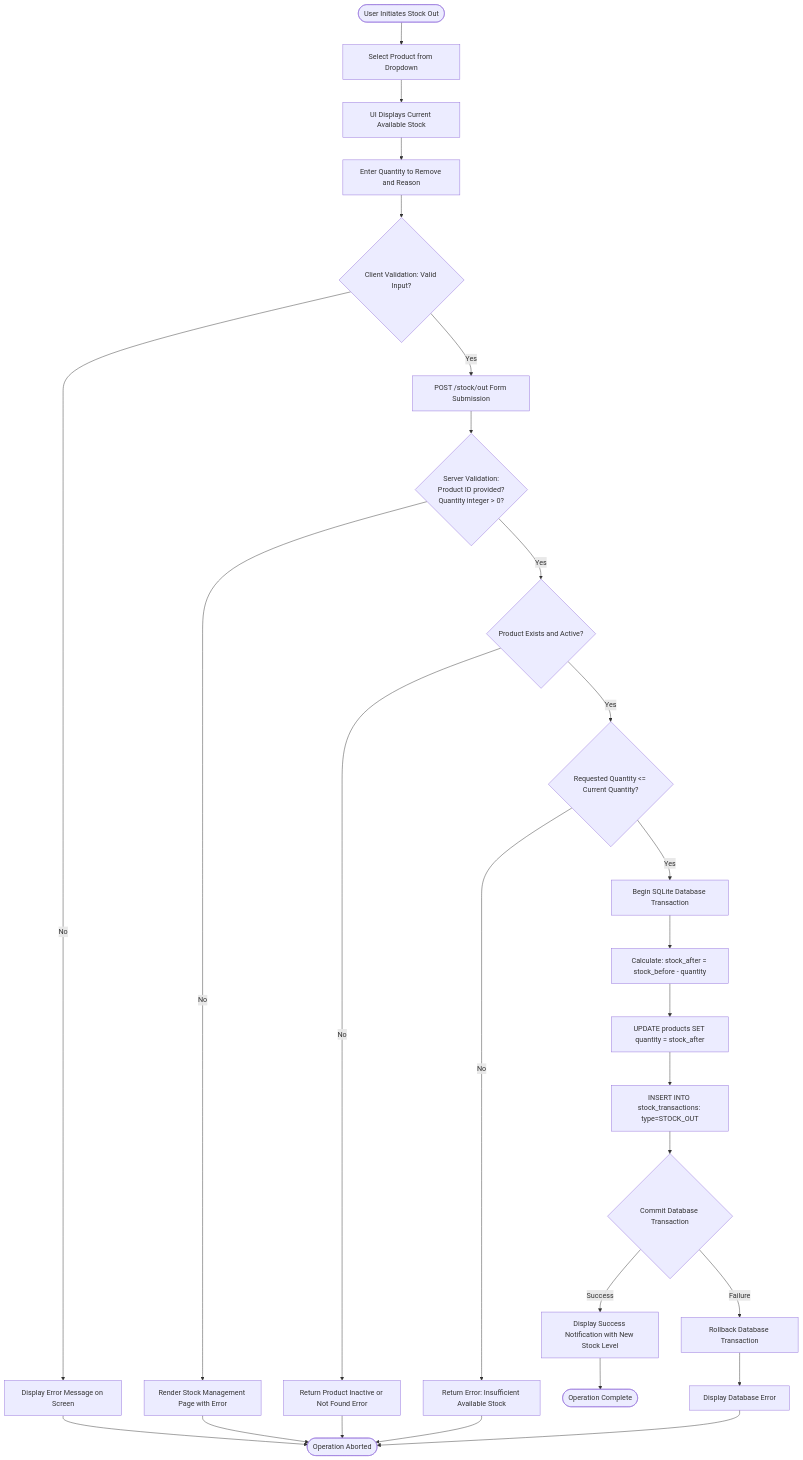
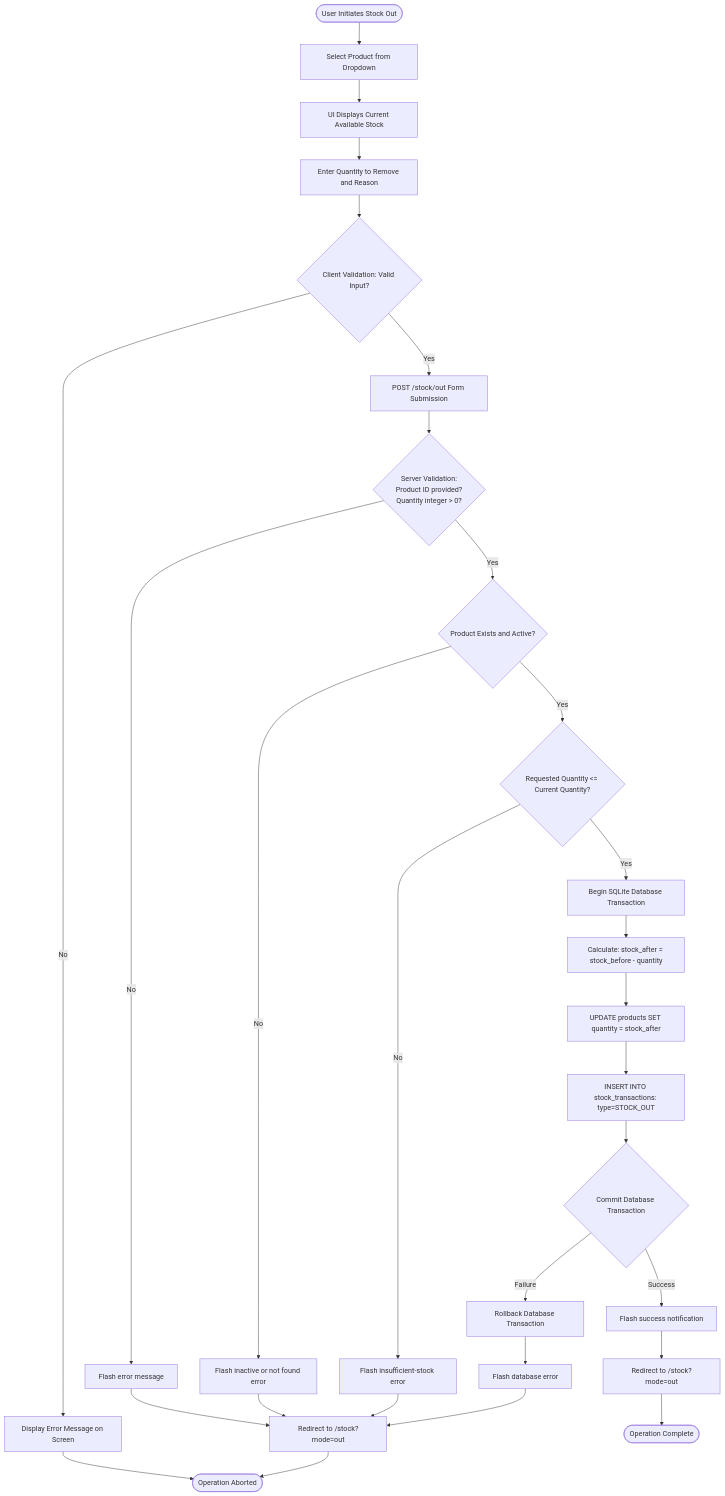
One commit to md-suleiman/Stockly changed the second of 3 diagrams in docs/flowchart.md. Above: the diagram before and after it, drawn with Mermaid. The commit also changed other lines of this file and 5 other files, not shown here.

````diff
--- a/docs/flowchart.md
+++ b/docs/flowchart.md
@@ -42,28 +42,28 @@
 ```mermaid
 flowchart TD
     Start([User Initiates Stock Out]) --> SelectProduct[Select Product from Dropdown]
     SelectProduct --> DisplayCurrent[UI Displays Current Available Stock]
     DisplayCurrent --> InputData[Enter Quantity to Remove and Reason]
     InputData --> ClientValidation{Client Validation: Valid Input?}
     
     ClientValidation -- No --> ShowClientError[Display Error Message on Screen] --> EndFail([Operation Aborted])
     ClientValidation -- Yes --> SubmitHTTP[POST /stock/out Form Submission]
     
     SubmitHTTP --> ServerValidation{Server Validation:<br/>Product ID provided?<br/>Quantity integer > 0?}
-    ServerValidation -- No --> ReturnValidationError[Render Stock Management Page with Error] --> EndFail
+    ServerValidation -- No --> FlashValidationError[Flash error message] --> RedirectOut[Redirect to /stock?mode=out] --> EndFail
     
     ServerValidation -- Yes --> CheckProduct{Product Exists and Active?}
-    CheckProduct -- No --> ReturnInactiveError[Return Product Inactive or Not Found Error] --> EndFail
+    CheckProduct -- No --> FlashInactiveError[Flash inactive or not found error] --> RedirectOut
     
     CheckProduct -- Yes --> CheckStockAvailability{Requested Quantity <= Current Quantity?}
-    CheckStockAvailability -- No --> ReturnInsufficientError[Return Error: Insufficient Available Stock] --> EndFail
+    CheckStockAvailability -- No --> FlashInsufficientError[Flash insufficient-stock error] --> RedirectOut
     
     CheckStockAvailability -- Yes --> BeginTxn[Begin SQLite Database Transaction]
     BeginTxn --> CalcStock[Calculate: stock_after = stock_before - quantity]
     CalcStock --> UpdateProduct[UPDATE products SET quantity = stock_after]
     UpdateProduct --> InsertTxn[INSERT INTO stock_transactions: type=STOCK_OUT]
     
     InsertTxn --> CommitTxn{Commit Database Transaction}
-    CommitTxn -- Success --> ReturnSuccess[Display Success Notification with New Stock Level] --> EndSuccess([Operation Complete])
-    CommitTxn -- Failure --> RollbackTxn[Rollback Database Transaction] --> ReturnDBError[Display Database Error] --> EndFail
+    CommitTxn -- Success --> FlashSuccess[Flash success notification] --> RedirectOutSuccess[Redirect to /stock?mode=out] --> EndSuccess([Operation Complete])
+    CommitTxn -- Failure --> RollbackTxn[Rollback Database Transaction] --> FlashDBError[Flash database error] --> RedirectOut
 ```
````
